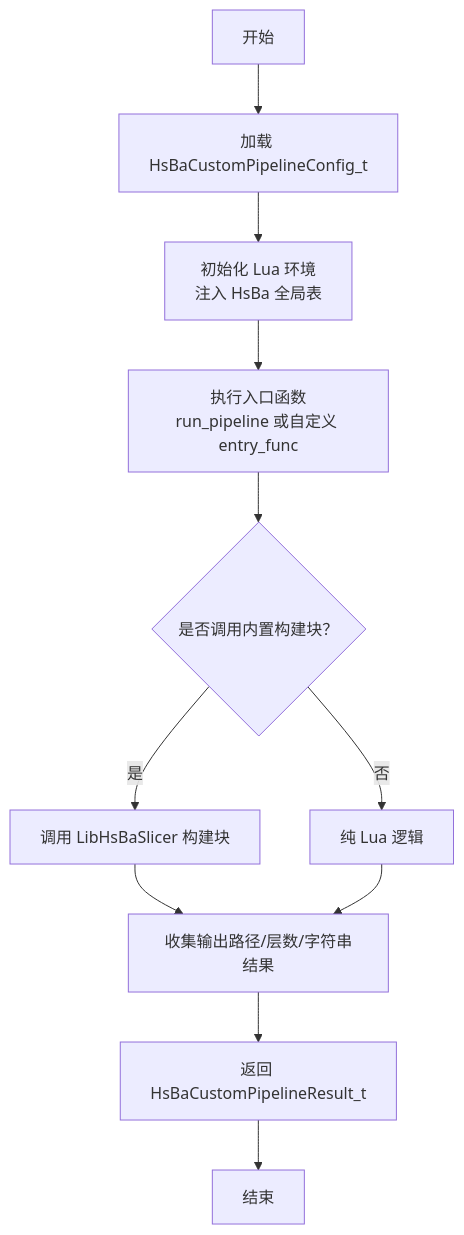
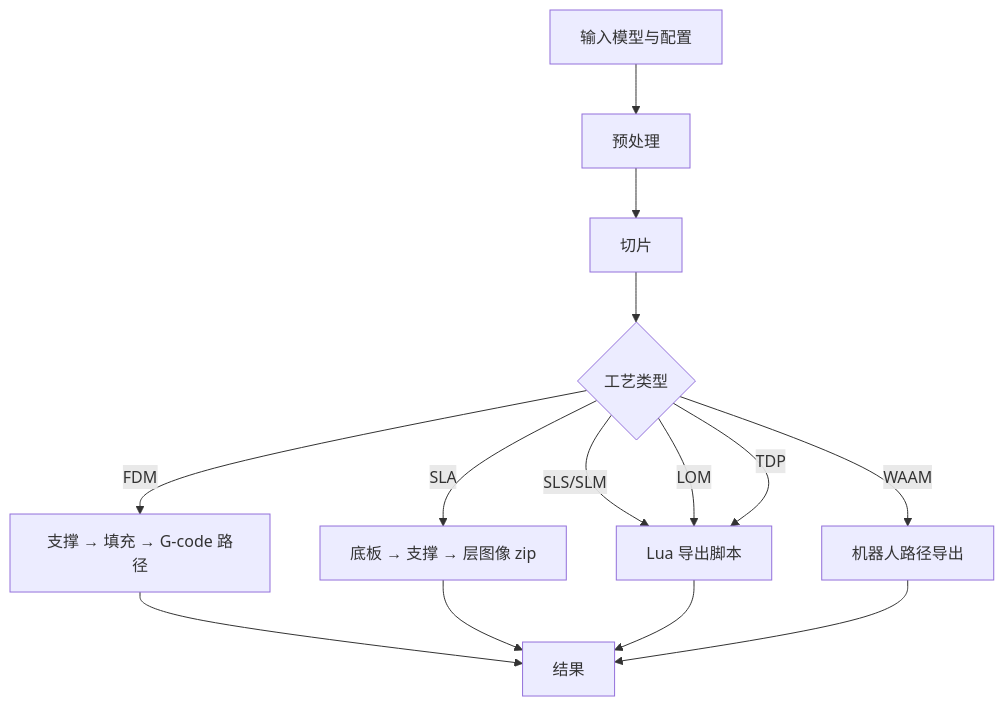
One commit to hsmbanlance/HsBaSlicer changed the third of 8 diagrams in .qoder/repowiki/zh/content/架构总览.md. Above: the diagram before and after it, drawn with Mermaid. The commit also changed other lines of this file and 1095 other files, not shown here.

````diff
--- a/.qoder/repowiki/zh/content/架构总览.md
+++ b/.qoder/repowiki/zh/content/架构总览.md
@@ -197,13 +141,16 @@
 ```mermaid
 flowchart TD
-Start["开始"] --> LoadCfg["加载 HsBaCustomPipelineConfig_t"]
-LoadCfg --> InitLua["初始化 Lua 环境<br/>注入 HsBa 全局表"]
-InitLua --> RunEntry["执行入口函数<br/>run_pipeline 或自定义 entry_func"]
-RunEntry --> UseBlocks{"是否调用内置构建块？"}
-UseBlocks --> |是| CallCore["调用 LibHsBaSlicer 构建块"]
-UseBlocks --> |否| PureLua["纯 Lua 逻辑"]
-CallCore --> Collect["收集输出路径/层数/字符串结果"]
-PureLua --> Collect
-Collect --> Return["返回 HsBaCustomPipelineResult_t"]
-Return --> End["结束"]
+Start["输入模型与配置"] --> Pre["预处理"]
+Pre --> Slice["切片"]
+Slice --> Branch{"工艺类型"}
+Branch --> |FDM| FDM["支撑 → 填充 → G-code 路径"]
+Branch --> |SLA| SLA["底板 → 支撑 → 层图像 zip"]
+Branch --> |SLS/SLM| ExportLua["Lua 导出脚本"]
+Branch --> |LOM| ExportLua
+Branch --> |TDP| ExportLua
+Branch --> |WAAM| Robot["机器人路径导出"]
+FDM --> Result["结果"]
+SLA --> Result
+ExportLua --> Result
+Robot --> Result
 ```
````
